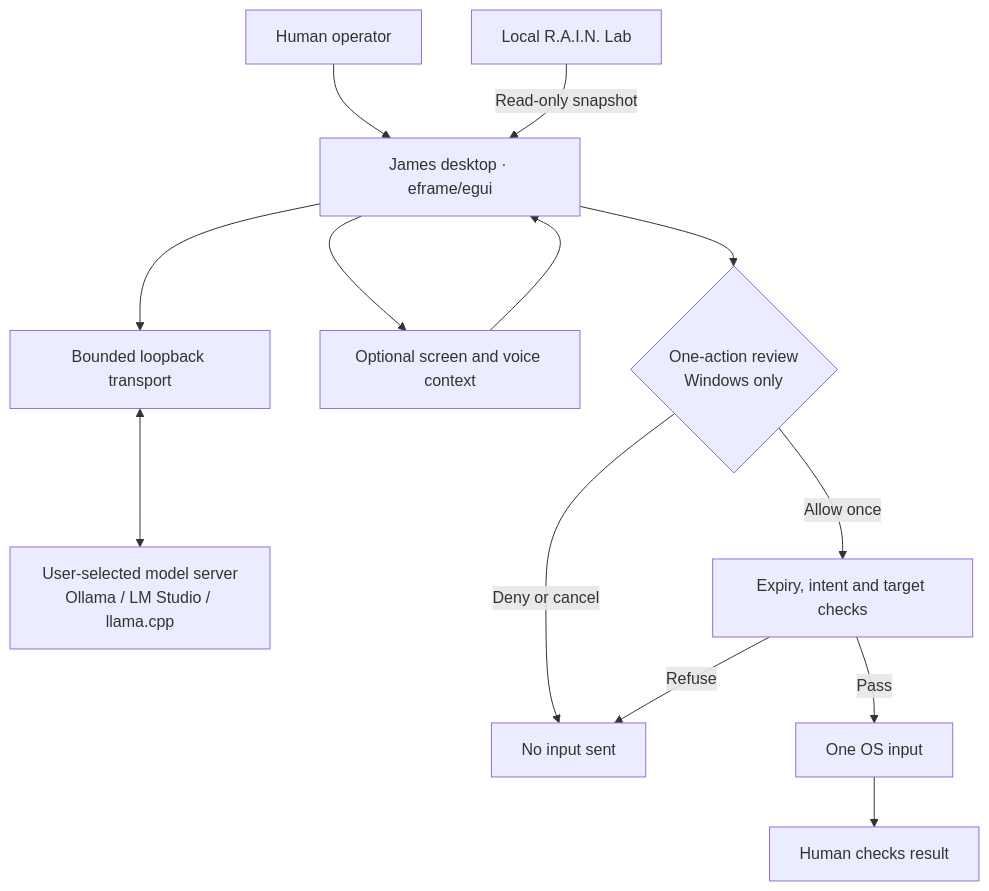
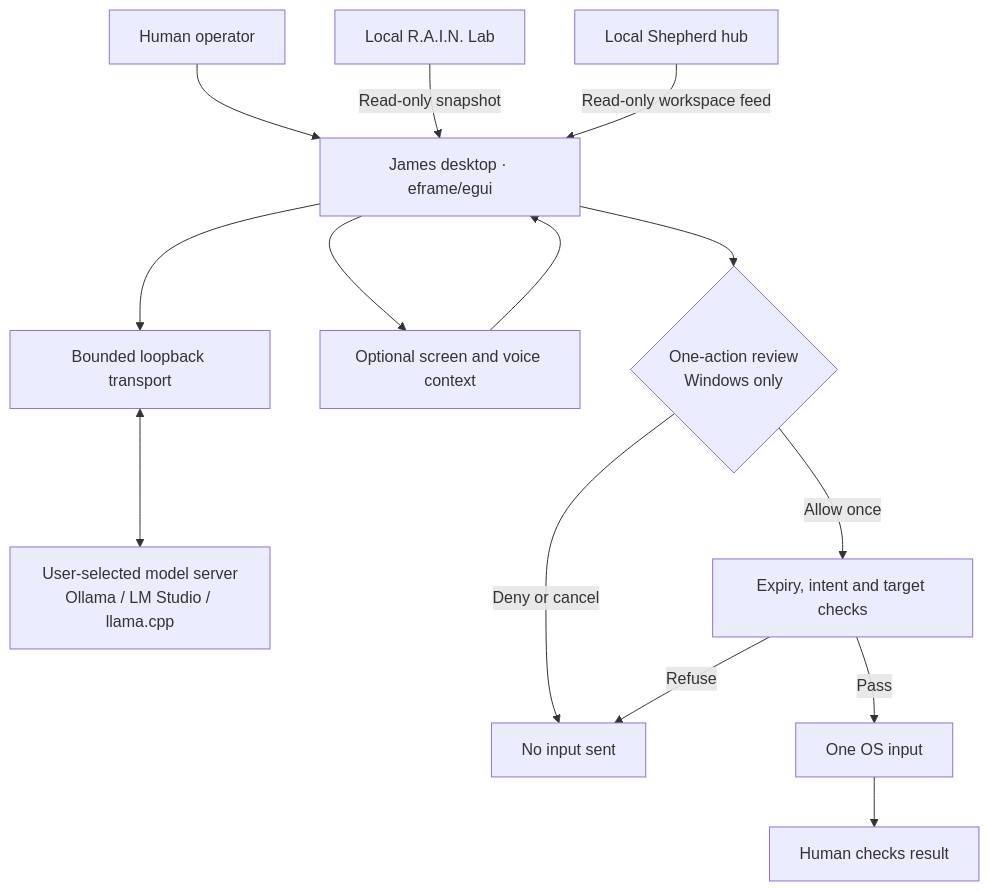
One commit to topherchris420/james changed the first of 2 diagrams in README.md. Above: the diagram before and after it, drawn with Mermaid. The commit also changed other lines of this file, not shown here.

Commit message:
docs(readme): present optional Shepherd workspace wallboard

````diff
--- a/README.md
+++ b/README.md
@@ -89,15 +92,16 @@
 ```mermaid
 flowchart TB
     HUMAN["Human operator"] --> UI["James desktop · eframe/egui"]
     UI --> LOCAL["Bounded loopback transport"]
     LOCAL <--> MODEL["User-selected model server\nOllama / LM Studio / llama.cpp"]
     UI --> SCREEN["Optional screen and voice context"]
     SCREEN --> UI
     UI --> REVIEW{"One-action review\nWindows only"}
     REVIEW -->|"Deny or cancel"| STOP["No input sent"]
     REVIEW -->|"Allow once"| GATE["Expiry, intent and target checks"]
     GATE -->|"Pass"| OS["One OS input"]
     GATE -->|"Refuse"| STOP
     OS --> CHECK["Human checks result"]
     LAB["Local R.A.I.N. Lab"] -->|"Read-only snapshot"| UI
+    SHEPHERD["Local Shepherd hub"] -->|"Read-only workspace feed"| UI
 ```
````
